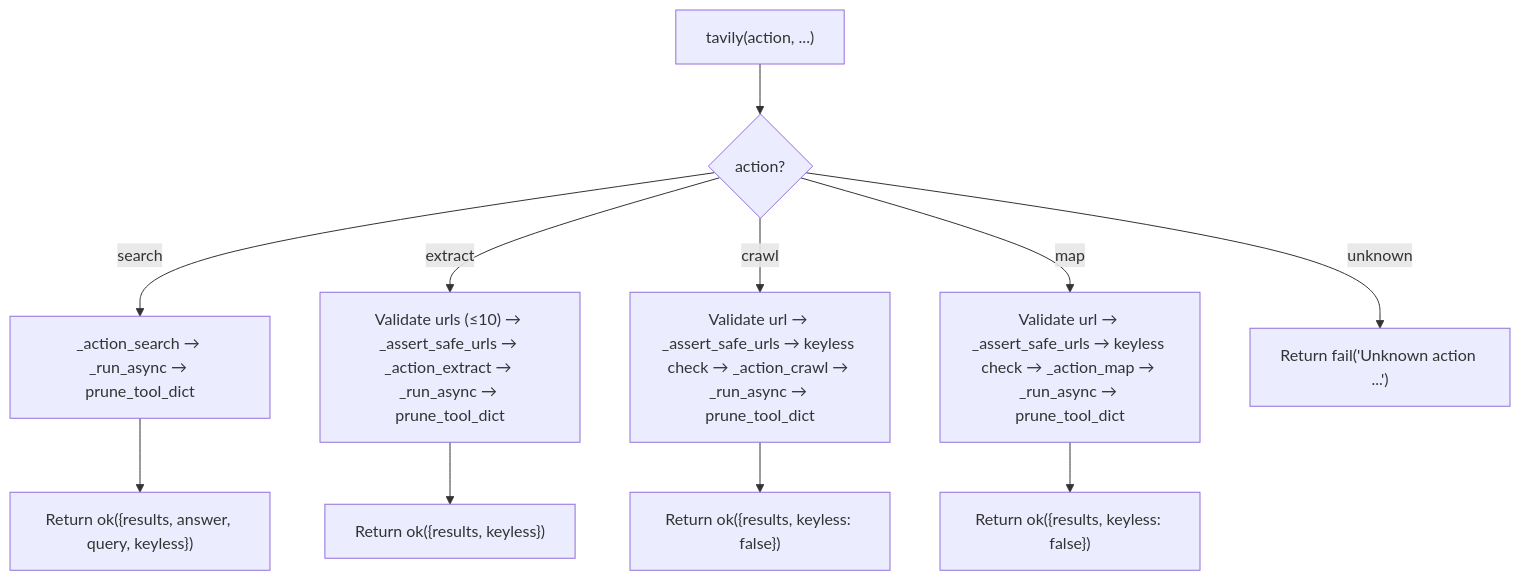
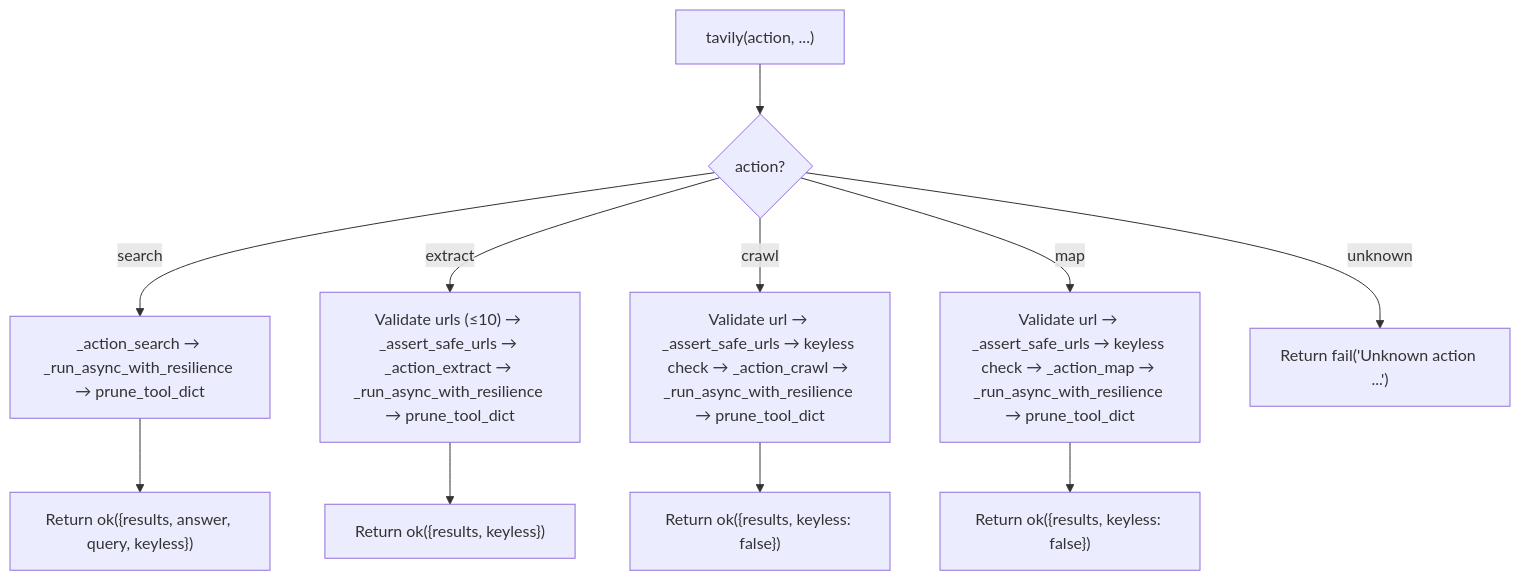
The diagram in docs/tools/TAVILY.md (brunogcar/agent), drawn with Mermaid before and after one commit. The commit also changed other lines of this file and 23 other files, not shown here.

First line of the commit message:
refactor(tavily): v1.1 hardening — circuit breaker, rate-limit retry, timeout fix, domain filtering, API key sanitization, SSRF cross-tool sharing

````diff
--- a/docs/tools/TAVILY.md
+++ b/docs/tools/TAVILY.md
@@ -74,13 +102,13 @@
 ```mermaid
 graph TD
-  A["tavily(action, ...)"] --> B{"action?"}
-  B -->|search| C["_action_search → _run_async → prune_tool_dict"]
-  B -->|extract| D["Validate urls (≤10) → _assert_safe_urls → _action_extract → _run_async → prune_tool_dict"]
-  B -->|crawl| E["Validate url → _assert_safe_urls → keyless check → _action_crawl → _run_async → prune_tool_dict"]
-  B -->|map| F["Validate url → _assert_safe_urls → keyless check → _action_map → _run_async → prune_tool_dict"]
-  B -->|unknown| G["Return fail('Unknown action ...')"]
-  C --> H["Return ok({results, answer, query, keyless})"]
-  D --> I["Return ok({results, keyless})"]
-  E --> J["Return ok({results, keyless: false})"]
-  F --> K["Return ok({results, keyless: false})"]
+    A["tavily(action, ...)"] --> B{"action?"}
+    B -->|search| C["_action_search → _run_async_with_resilience → prune_tool_dict"]
+    B -->|extract| D["Validate urls (≤10) → _assert_safe_urls → _action_extract → _run_async_with_resilience → prune_tool_dict"]
+    B -->|crawl| E["Validate url → _assert_safe_urls → keyless check → _action_crawl → _run_async_with_resilience → prune_tool_dict"]
+    B -->|map| F["Validate url → _assert_safe_urls → keyless check → _action_map → _run_async_with_resilience → prune_tool_dict"]
+    B -->|unknown| G["Return fail('Unknown action ...')"]
+    C --> H["Return ok({results, answer, query, keyless})"]
+    D --> I["Return ok({results, keyless})"]
+    E --> J["Return ok({results, keyless: false})"]
+    F --> K["Return ok({results, keyless: false})"]
 ```
````
